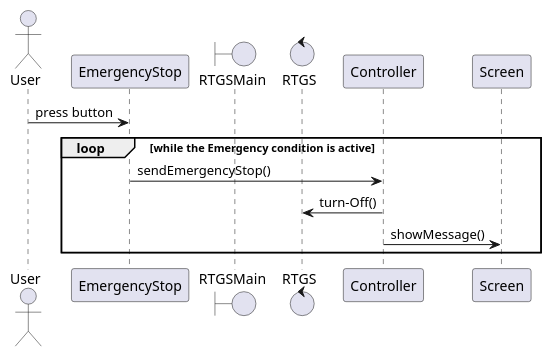
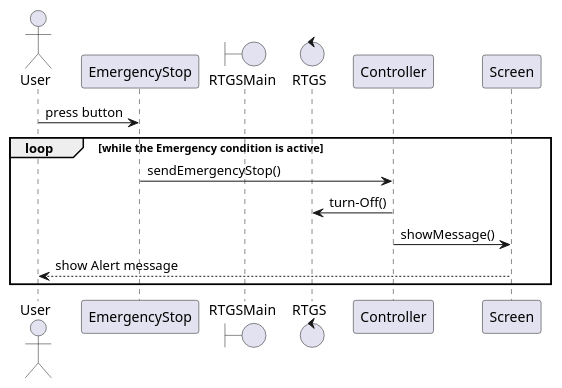
One commit to MarcioFreitasUFSC21/RTGS-Master-Course-System changed the diagram in EmergencyStopSeqDiag.plantuml. Above: the diagram before and after it, drawn with PlantUML. The commit also changed 8 other files, not shown here.

```diff
--- a/EmergencyStopSeqDiag.plantuml
+++ b/EmergencyStopSeqDiag.plantuml
@@ -1,11 +1,12 @@
 @startuml
 actor User as Foo1
 Foo1 -> EmergencyStop: press button
 boundary RTGSMain as Foo2
 control RTGS as Foo3
 loop while the Emergency condition is active
     EmergencyStop ->Controller: sendEmergencyStop()
     Controller ->Foo3: turn-Off()
     Controller -> Screen: showMessage()
+    Screen -->Foo1:show Alert message
 end 
 @enduml
```
